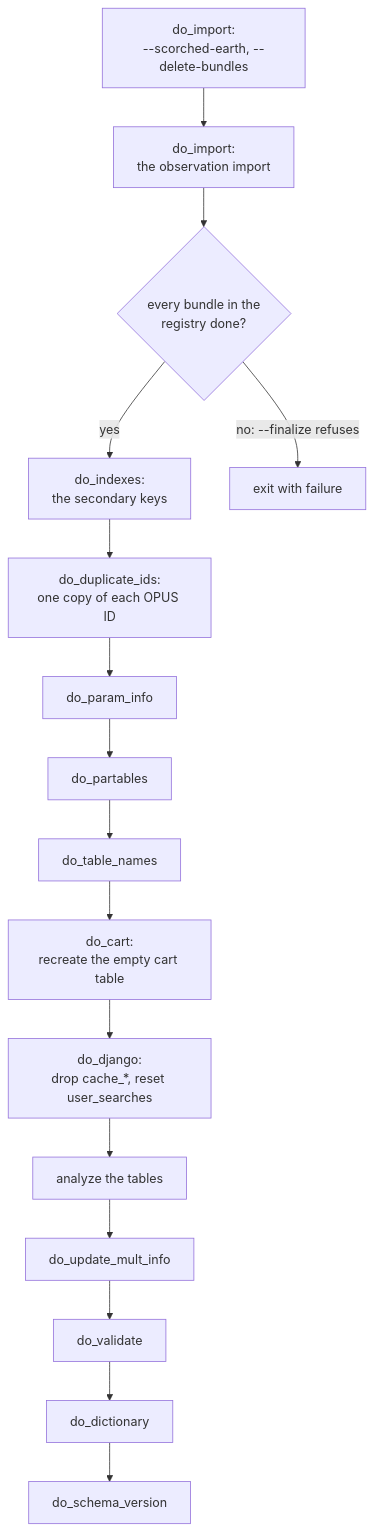
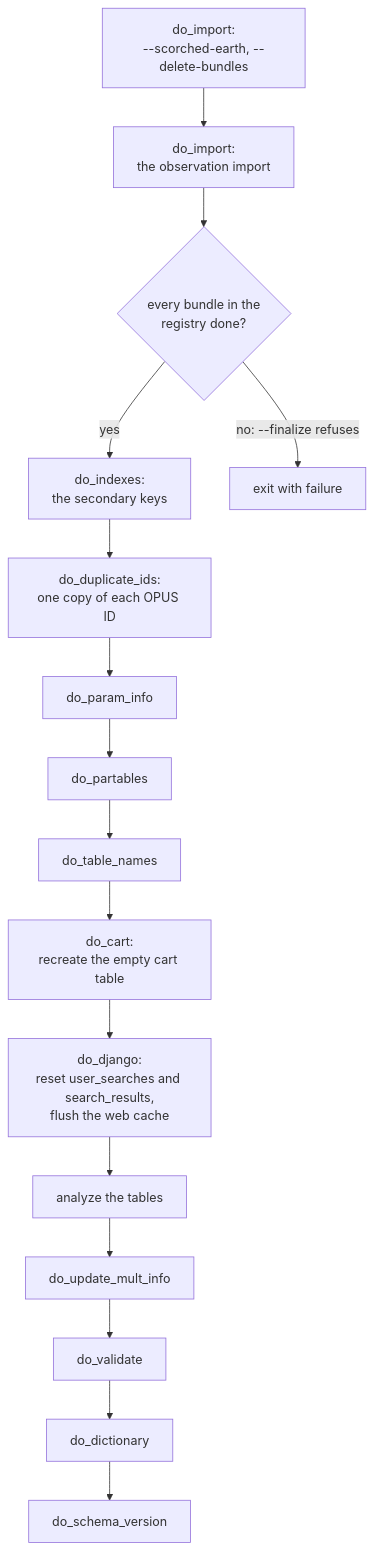
The diagram in docs/dev_guide_import_steps.rst (SETI/rms-opus), drawn with Mermaid before and after one commit. The commit also changed other lines of this file and 67 other files, not shown here.

First line of the commit message:
feat: one search_results table replaces the per-search cache tables

```diff
--- a/docs/dev_guide_import_steps.rst
+++ b/docs/dev_guide_import_steps.rst
@@ -19,23 +19,23 @@
 .. mermaid::
     :zoom:
 
     flowchart TD
         SE["do_import:<br/>--scorched-earth, --delete-bundles"]
         I[do_import:<br/>the observation import]
         R{every bundle in the<br/>registry done?}
         K[do_indexes:<br/>the secondary keys]
         DU[do_duplicate_ids:<br/>one copy of each OPUS ID]
         P[do_param_info]
         PT[do_partables]
         TN[do_table_names]
         C[do_cart:<br/>recreate the empty cart table]
-        DJ[do_django:<br/>drop cache_*, reset user_searches]
+        DJ[do_django:<br/>reset user_searches and search_results,<br/>flush the web cache]
         A[analyze the tables]
         UM[do_update_mult_info]
         V[do_validate]
         D[do_dictionary]
         SV[do_schema_version]
 
         SE --> I --> R
         R -->|yes| K --> DU --> P --> PT --> TN --> C --> DJ --> A --> UM --> V --> D --> SV
         R -->|"no: --finalize refuses"| X[exit with failure]
```
